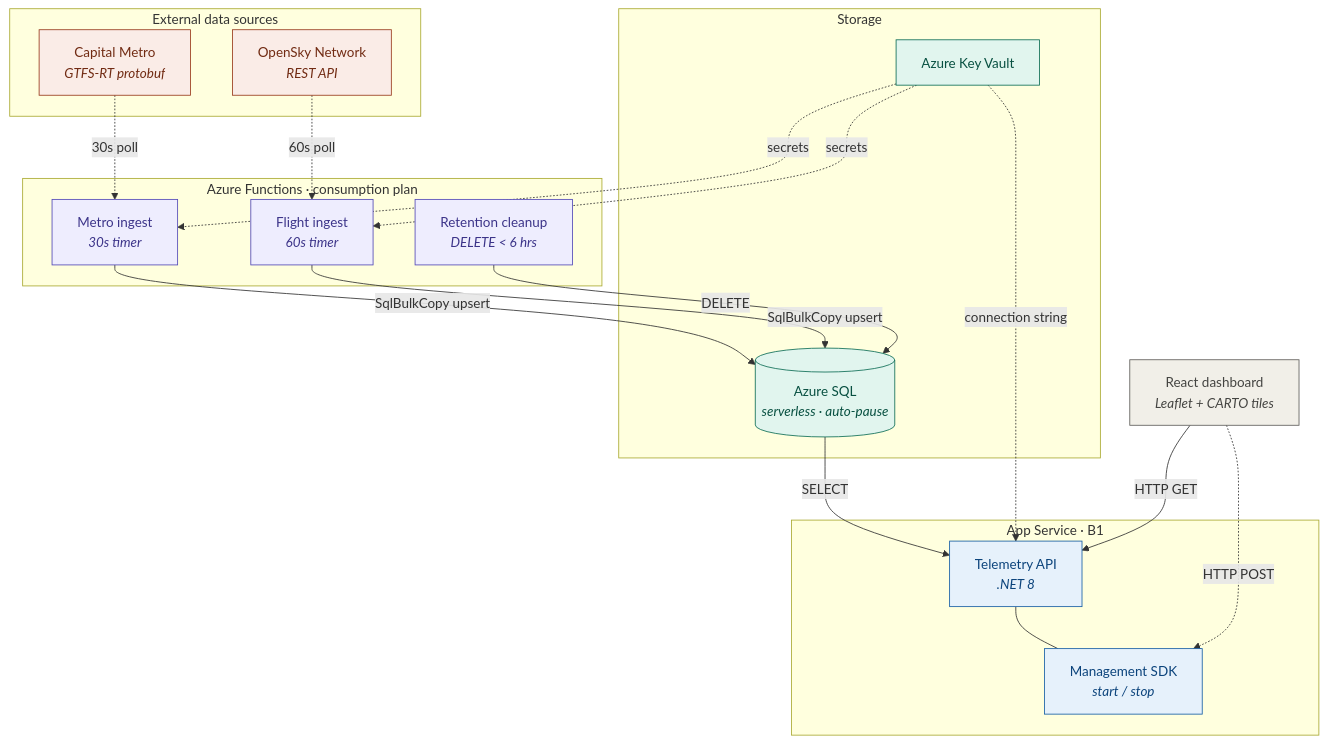
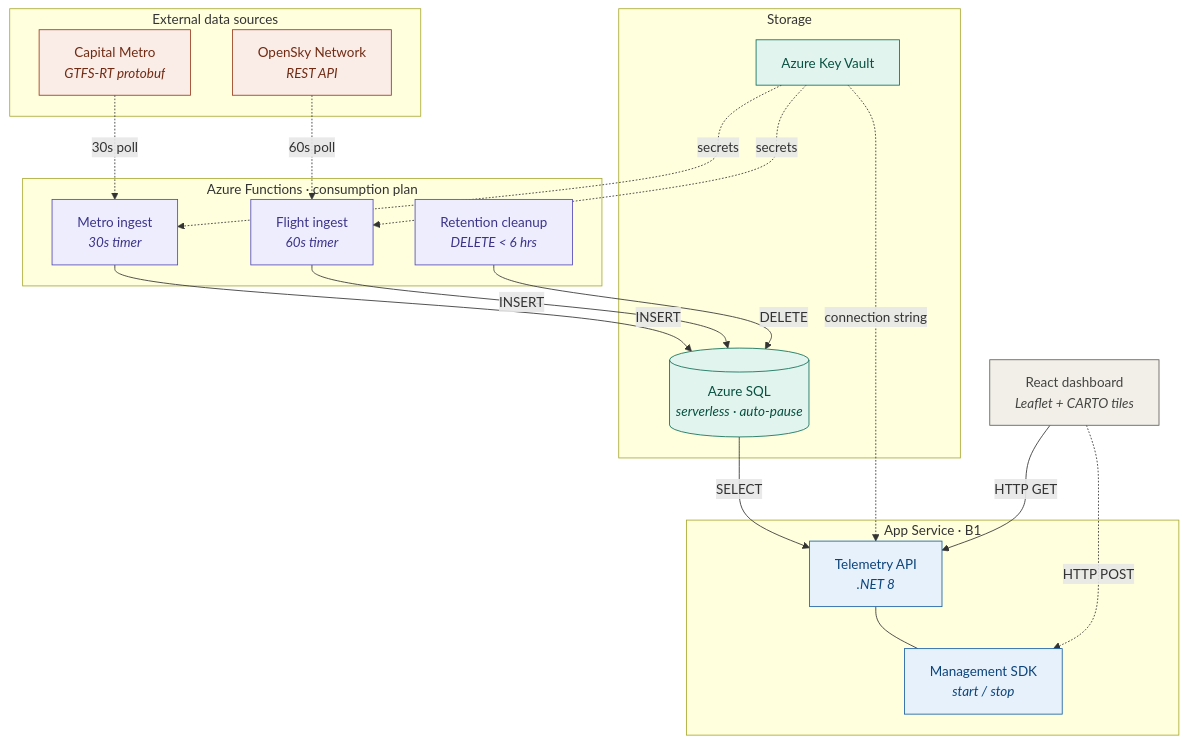
One commit to tonyperkins/azure-telemetry-platform changed the diagram in docs/architecture-decisions.md. Above: the diagram before and after it, drawn with Mermaid. The commit also changed 34 other files, not shown here.

````diff
--- a/docs/architecture-decisions.md
+++ b/docs/architecture-decisions.md
@@ -10,54 +10,54 @@
 ```mermaid
 flowchart TD
     subgraph sources ["External data sources"]
         CM["Capital Metro\n<i>GTFS-RT protobuf</i>"]
         OS["OpenSky Network\n<i>REST API</i>"]
     end
 
     subgraph functions ["Azure Functions · consumption plan"]
         MI["Metro ingest\n<i>30s timer</i>"]
         FI["Flight ingest\n<i>60s timer</i>"]
         RC["Retention cleanup\n<i>DELETE &lt; 6 hrs</i>"]
     end
 
     subgraph appservice ["App Service · B1"]
         API["Telemetry API\n<i>.NET 8</i>"]
         ARM["Management SDK\n<i>start / stop</i>"]
     end
 
     subgraph storage ["Storage"]
         SQL[("Azure SQL\n<i>serverless · auto-pause</i>")]
         KV["Azure Key Vault"]
     end
 
     DASH["React dashboard\n<i>Leaflet + CARTO tiles</i>"]
 
     CM -. "30s poll" .-> MI
     OS -. "60s poll" .-> FI
 
-    MI -- "SqlBulkCopy upsert" --> SQL
-    FI -- "SqlBulkCopy upsert" --> SQL
+    MI -- "INSERT" --> SQL
+    FI -- "INSERT" --> SQL
     RC -- "DELETE" --> SQL
 
     SQL -- "SELECT" --> API
     API --- ARM
 
     DASH -- "HTTP GET" --> API
     DASH -. "HTTP POST" .-> ARM
 
     KV -. "secrets" .-> MI
     KV -. "secrets" .-> FI
     KV -. "connection string" .-> API
 
     classDef external fill:#FAECE7,stroke:#993C1D,color:#712B13
     classDef ingest fill:#EEEDFE,stroke:#534AB7,color:#3C3489
     classDef store fill:#E1F5EE,stroke:#0F6E56,color:#085041
     classDef api fill:#E6F1FB,stroke:#185FA5,color:#0C447C
     classDef frontend fill:#F1EFE8,stroke:#5F5E5A,color:#444441
 
     class CM,OS external
     class MI,FI,RC ingest
     class SQL,KV store
     class API,ARM api
     class DASH frontend
 ```
````
